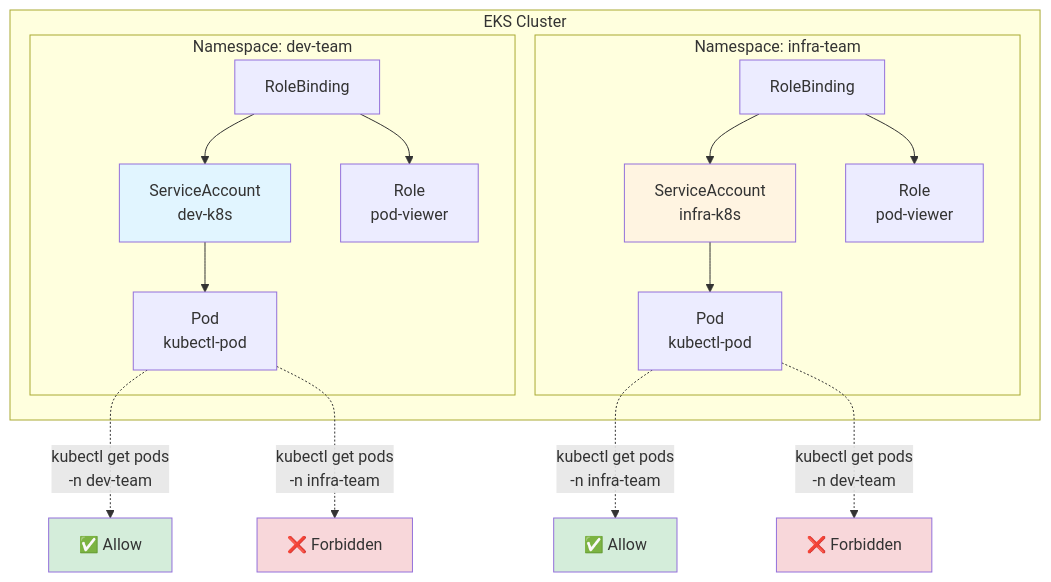
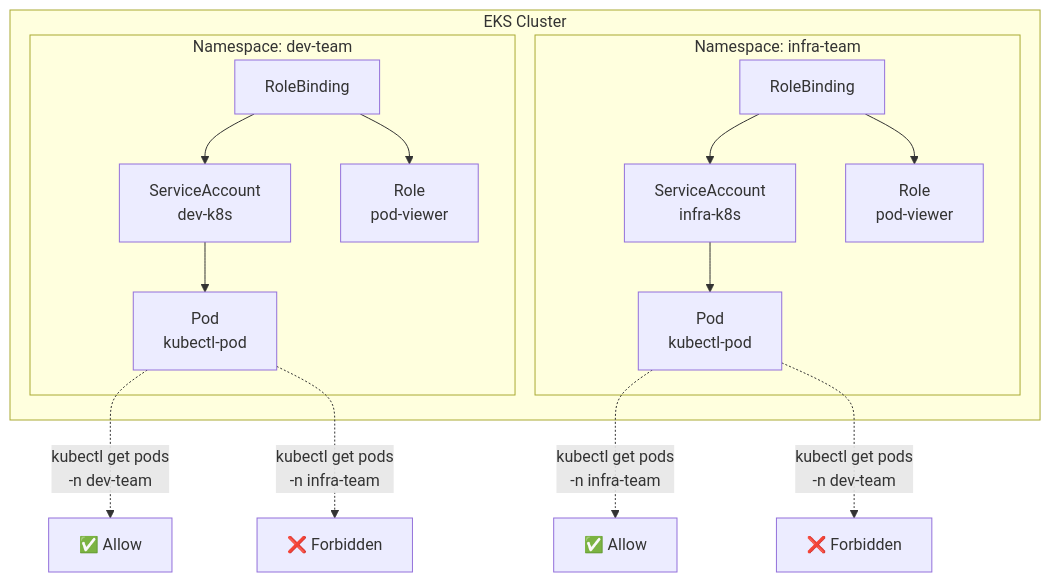
Diagram 13 of 16 in docs/eks/week4-authn-authz.md (juwon8891/juwon8891.github.io), drawn with Mermaid before and after one commit. The commit also changed other lines of this file and 18 other files, not shown here.

Commit message:
Remove bright colors from Mermaid diagrams for dark mode compatibility

````diff
--- a/docs/eks/week4-authn-authz.md
+++ b/docs/eks/week4-authn-authz.md
@@ -696,39 +677,33 @@
 ```mermaid
 graph TB
     subgraph EKS Cluster
         subgraph Namespace: dev-team
             SA1[ServiceAccount<br/>dev-k8s]
             Role1[Role<br/>pod-viewer]
             RB1[RoleBinding]
             Pod1[Pod<br/>kubectl-pod]
 
             SA1 --> Pod1
             RB1 --> SA1
             RB1 --> Role1
         end
 
         subgraph Namespace: infra-team
             SA2[ServiceAccount<br/>infra-k8s]
             Role2[Role<br/>pod-viewer]
             RB2[RoleBinding]
             Pod2[Pod<br/>kubectl-pod]
 
             SA2 --> Pod2
             RB2 --> SA2
             RB2 --> Role2
         end
     end
 
     Pod1 -.->|kubectl get pods<br/>-n dev-team| Allow1[✅ Allow]
     Pod1 -.->|kubectl get pods<br/>-n infra-team| Deny1[❌ Forbidden]
 
     Pod2 -.->|kubectl get pods<br/>-n infra-team| Allow2[✅ Allow]
     Pod2 -.->|kubectl get pods<br/>-n dev-team| Deny2[❌ Forbidden]
 
-    style SA1 fill:#e1f5ff
-    style SA2 fill:#fff4e1
-    style Allow1 fill:#d4edda
-    style Allow2 fill:#d4edda
-    style Deny1 fill:#f8d7da
-    style Deny2 fill:#f8d7da
 ```
````
